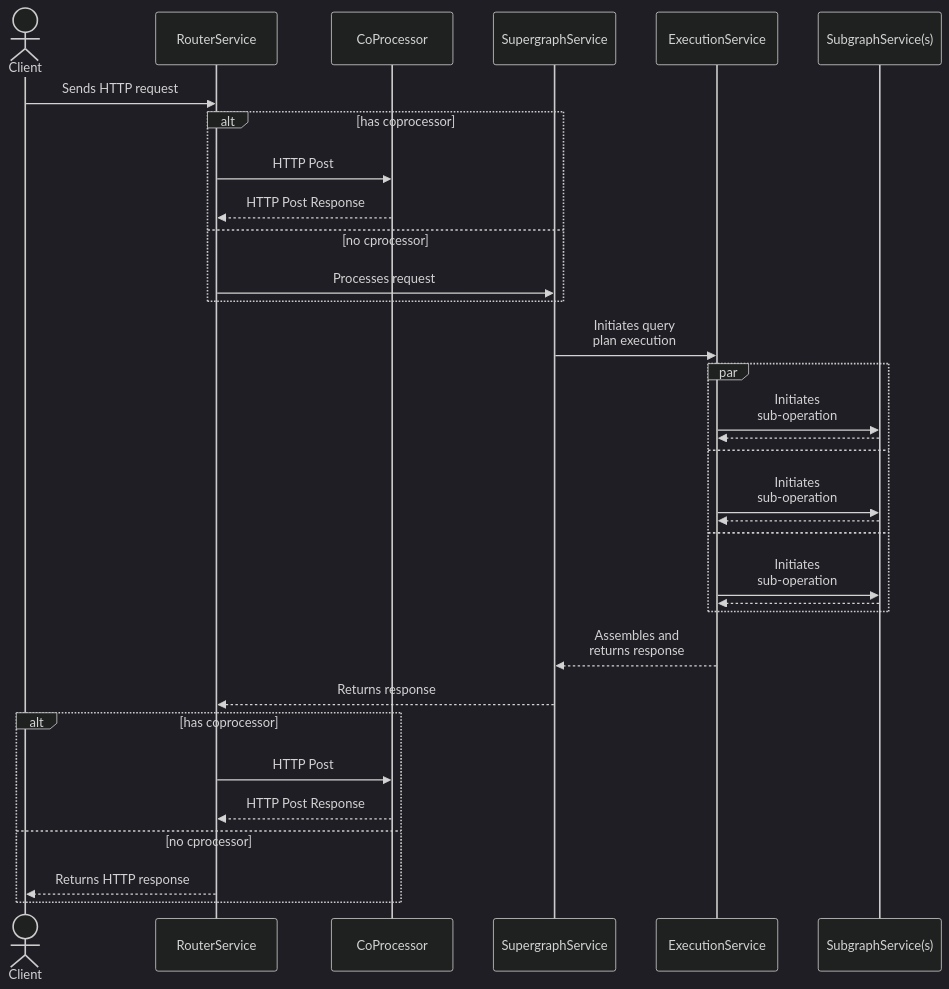
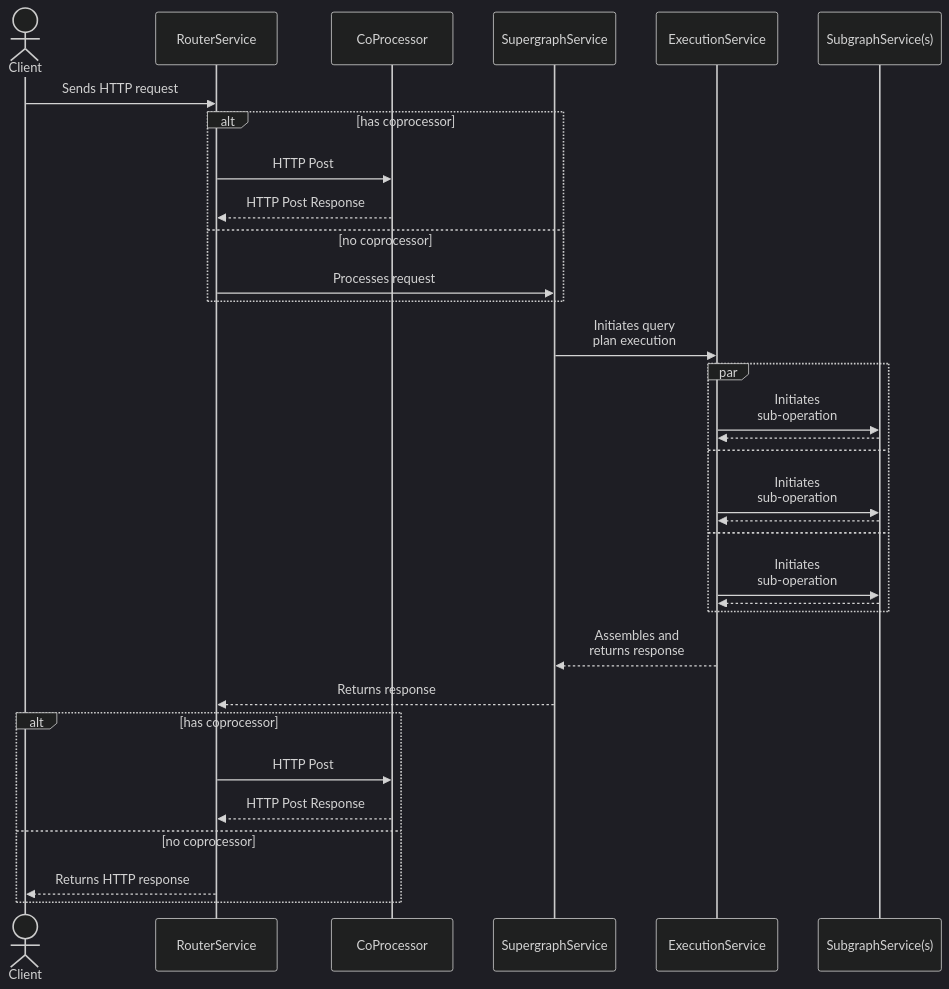
Before and after one commit to apollographql/router: the diagram in docs/source/configuration/external.mdx, drawn with Mermaid (dark theme).

Commit message:
add documentation for the new externalization functionality

````diff
--- a/docs/source/configuration/external.mdx
+++ b/docs/source/configuration/external.mdx
@@ -26,36 +26,36 @@
 ```mermaid
 sequenceDiagram
     actor Client
     participant RouterService
     participant CoProcessor
     participant SupergraphService
     participant ExecutionService
     participant SubgraphService(s)
 
     Client->>RouterService: Sends HTTP request
     alt has coprocessor
         RouterService->>CoProcessor: HTTP Post
         CoProcessor-->>RouterService: HTTP Post Response
-    else no cprocessor
+    else no coprocessor
         RouterService->>SupergraphService: Processes request
     end
     SupergraphService->>ExecutionService: Initiates query<br/>plan execution
     par
     ExecutionService->>SubgraphService(s): Initiates<br/>sub-operation
     SubgraphService(s)-->>ExecutionService: 
     and
     ExecutionService->>SubgraphService(s): Initiates<br/>sub-operation
     SubgraphService(s)-->>ExecutionService: 
     and
     ExecutionService->>SubgraphService(s): Initiates<br/>sub-operation
     SubgraphService(s)-->>ExecutionService: 
     end
     ExecutionService-->>SupergraphService: Assembles and<br/>returns response
     SupergraphService-->>RouterService: Returns response
     alt has coprocessor
         RouterService->>CoProcessor: HTTP Post
         CoProcessor-->>RouterService: HTTP Post Response
-    else no cprocessor
+    else no coprocessor
         RouterService-->>Client: Returns HTTP response
     end
 ```
````
